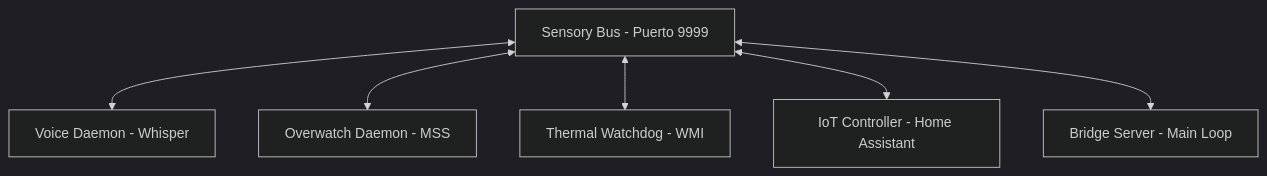
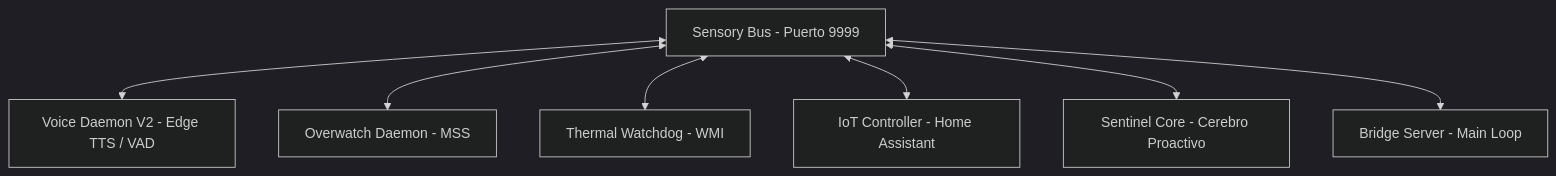
One commit to DarckRovert/Gravity_AI_bridge changed the second of 2 diagrams in wiki/1-Motor-Nuclear.md. Above: the diagram before and after it, drawn with Mermaid (dark theme). The commit also changed other lines of this file and 2 other files, not shown here.

Commit message:
chore: Gravity AI Bridge V16.8 PRO [Sentinel-Tier] - estabilizado 2026-06-28 14:58

````diff
--- a/wiki/1-Motor-Nuclear.md
+++ b/wiki/1-Motor-Nuclear.md
@@ -35,8 +35,9 @@
 ```mermaid
 flowchart TD
-    Bus[Sensory Bus - Puerto 9999] <--> Voice[Voice Daemon - Whisper]
+    Bus[Sensory Bus - Puerto 9999] <--> Voice[Voice Daemon V2 - Edge TTS / VAD]
     Bus <--> Vision[Overwatch Daemon - MSS]
     Bus <--> Thermal[Thermal Watchdog - WMI]
     Bus <--> IoT[IoT Controller - Home Assistant]
+    Bus <--> Sentinel[Sentinel Core - Cerebro Proactivo]
     Bus <--> Bridge[Bridge Server - Main Loop]
 ```
````
